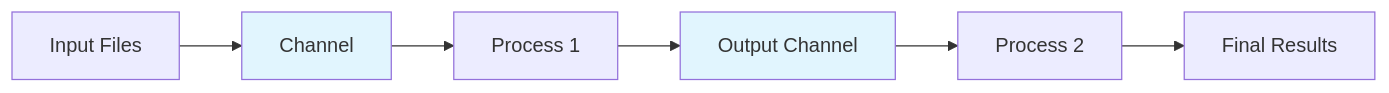
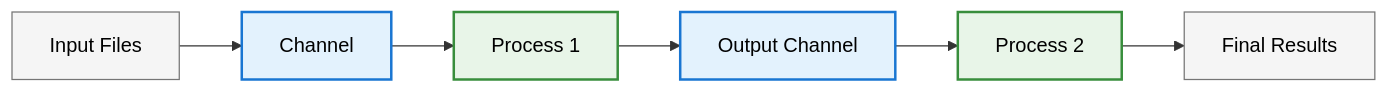
Before and after one commit to mamanambiya/microbial-genomics-training: the fourth of 8 diagrams in docs_src/modules/day6/index.md, drawn with Mermaid. The commit also changed other lines of this file, not shown here.

````diff
--- a/docs_src/modules/day6/index.md
+++ b/docs_src/modules/day6/index.md
@@ -965,11 +984,20 @@
 ```mermaid
 graph LR
     A[Input Files] --> B[Channel]
     B --> C[Process 1]
     C --> D[Output Channel]
     D --> E[Process 2]
     E --> F[Final Results]
 
-    style B fill:#e1f5fe
-    style D fill:#e1f5fe
+    %% Channels - Blue background
+    style B fill:#e3f2fd,stroke:#1976d2,stroke-width:2px,color:#000
+    style D fill:#e3f2fd,stroke:#1976d2,stroke-width:2px,color:#000
+
+    %% Processes - Green background
+    style C fill:#e8f5e8,stroke:#388e3c,stroke-width:2px,color:#000
+    style E fill:#e8f5e8,stroke:#388e3c,stroke-width:2px,color:#000
+
+    %% Input/Output - Light gray
+    style A fill:#f5f5f5,stroke:#757575,stroke-width:1px,color:#000
+    style F fill:#f5f5f5,stroke:#757575,stroke-width:1px,color:#000
 ```
````
